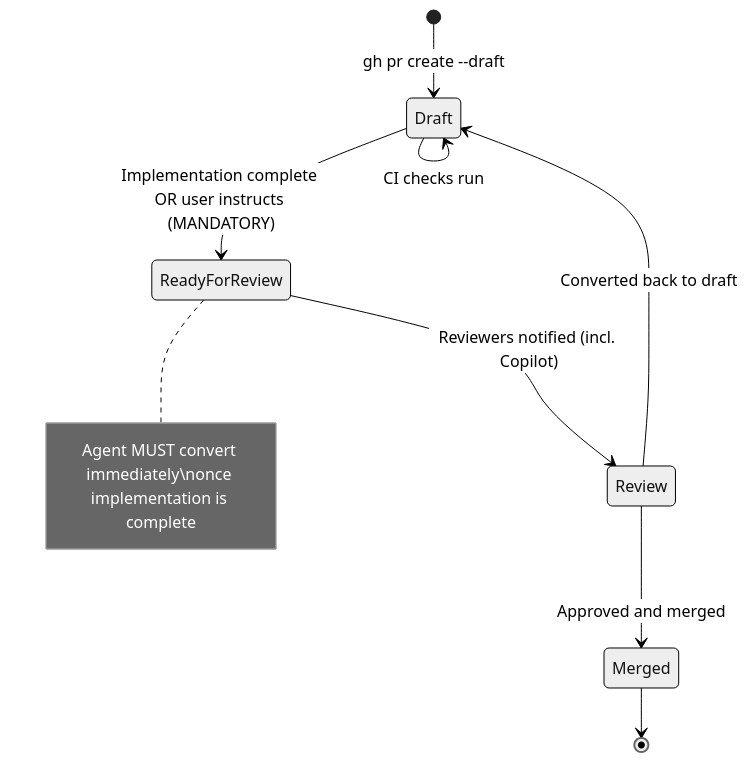
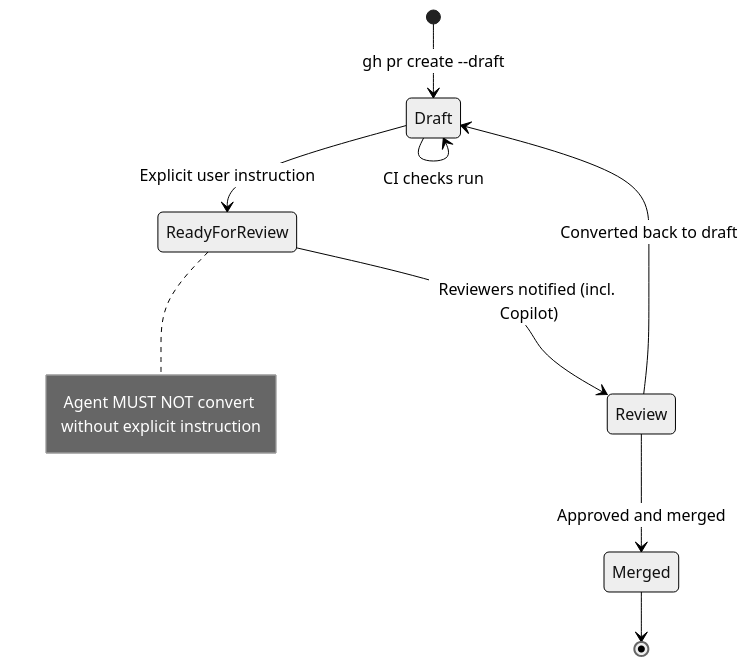
One commit to kent8192/reinhardt-cloud changed the second of 4 diagrams in instructions/PR_GUIDELINE.md. Above: the diagram before and after it, drawn with Mermaid (neutral theme). The commit also changed other lines of this file and 5 other files, not shown here.

````diff
--- a/instructions/PR_GUIDELINE.md
+++ b/instructions/PR_GUIDELINE.md
@@ -142,12 +142,12 @@
 ```mermaid
 stateDiagram-v2
     [*] --> Draft: gh pr create --draft
     Draft --> Draft: Implementation continues
     Draft --> Draft: CI checks run
-    Draft --> ReadyForReview: Implementation complete OR user instructs (MANDATORY)
-    note right of ReadyForReview: Agent MUST convert immediately\nonce implementation is complete
+    Draft --> ReadyForReview: Explicit user instruction
+    note right of ReadyForReview: Agent MUST NOT convert without explicit instruction
     ReadyForReview --> Review: Reviewers notified (incl. Copilot)
     Review --> Merged: Approved and merged
     Review --> Draft: Converted back to draft
     Merged --> [*]
 ```
````
